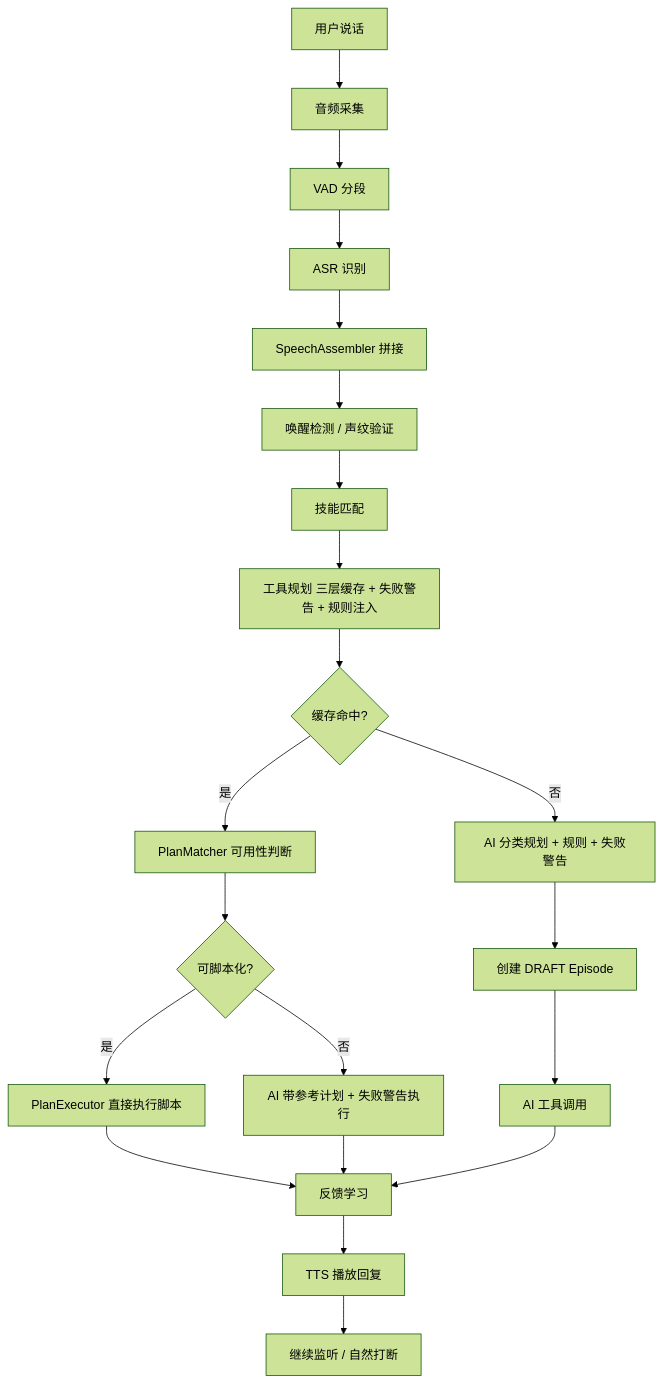
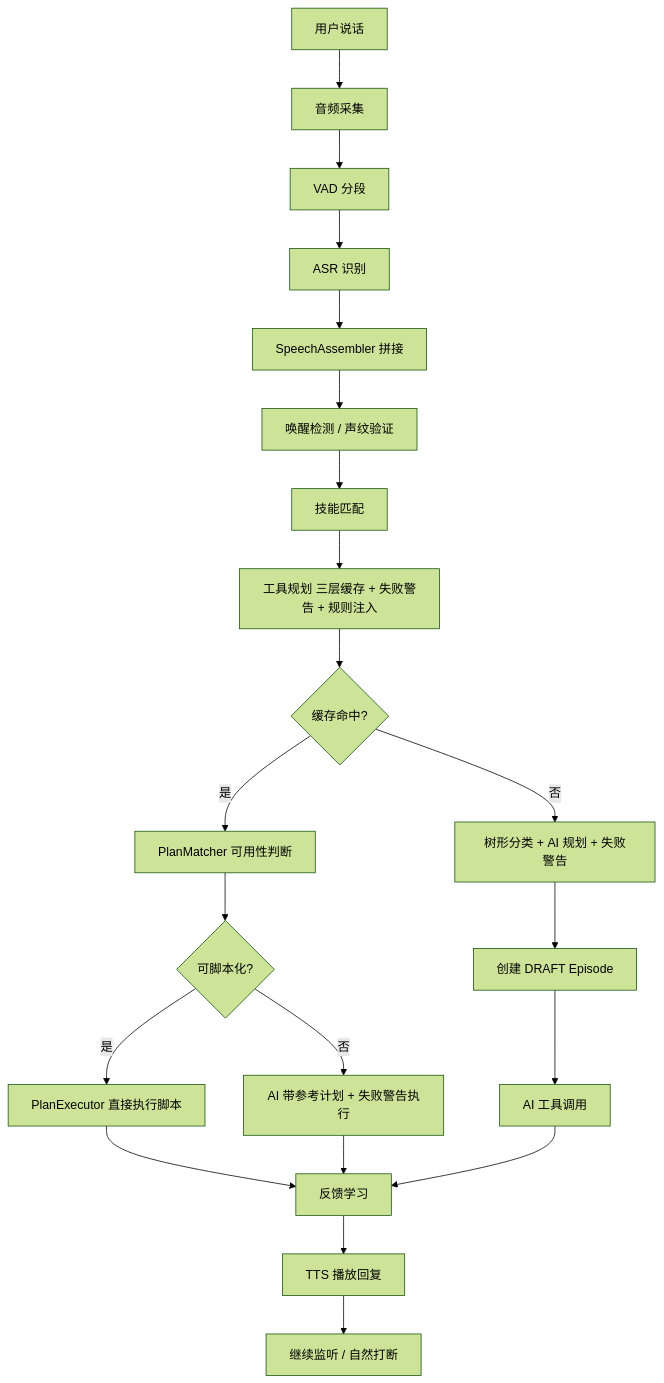
Before and after one commit to lingdehui/myhelper: the diagram in docs/03-核心执行流程.md, drawn with Mermaid (forest theme). The commit also changed other lines of this file and 39 other files, not shown here.

````diff
--- a/docs/03-核心执行流程.md
+++ b/docs/03-核心执行流程.md
@@ -7,23 +7,23 @@
 ```mermaid
 flowchart TD
     A[用户说话] --> B[音频采集]
     B --> C[VAD 分段]
     C --> D[ASR 识别]
     D --> E[SpeechAssembler 拼接]
     E --> F[唤醒检测 / 声纹验证]
     F --> G[技能匹配]
     G --> H[工具规划 三层缓存 + 失败警告 + 规则注入]
     H --> I{缓存命中?}
     I -- 是 --> J[PlanMatcher 可用性判断]
     J --> K{可脚本化?}
     K -- 是 --> L[PlanExecutor 直接执行脚本]
     K -- 否 --> M[AI 带参考计划 + 失败警告执行]
-    I -- 否 --> N[AI 分类规划 + 规则 + 失败警告]
+    I -- 否 --> N[树形分类 + AI 规划 + 失败警告]
     N --> O[创建 DRAFT Episode]
     O --> P[AI 工具调用]
     L --> Q[反馈学习]
     M --> Q
     P --> Q
     Q --> R[TTS 播放回复]
     R --> S[继续监听 / 自然打断]
 ```
````
